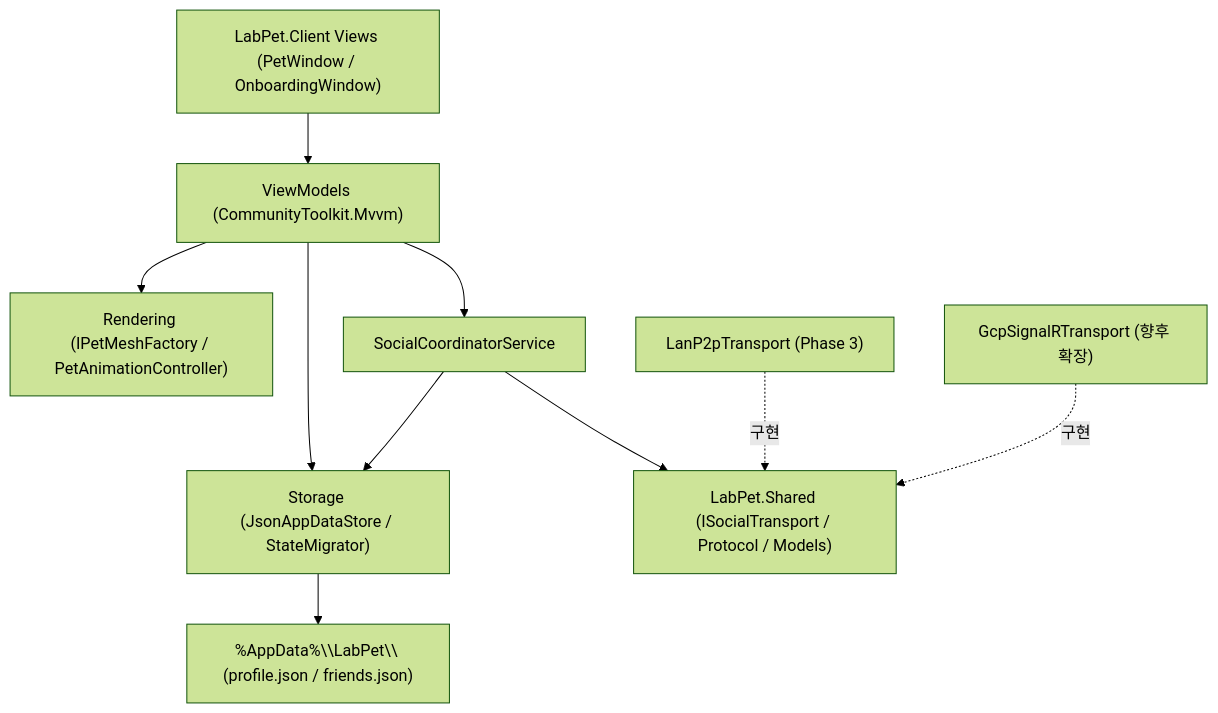
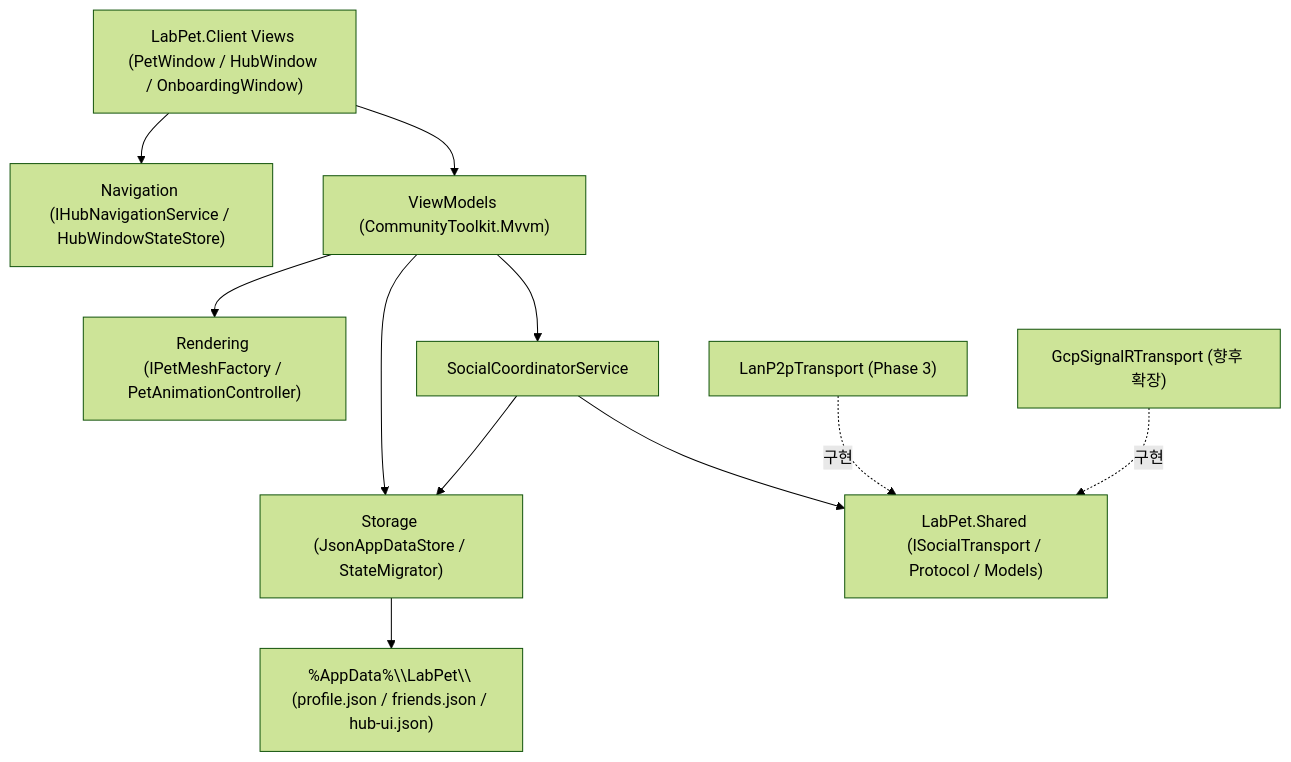
One commit to DJU-ADAS-LAB/LabPet changed the diagram in docs/02_아키텍처_설계서.md. Above: the diagram before and after it, drawn with Mermaid (forest theme). The commit also changed other lines of this file and 46 other files, not shown here.

````diff
--- a/docs/02_아키텍처_설계서.md
+++ b/docs/02_아키텍처_설계서.md
@@ -26,12 +26,13 @@
 ```mermaid
 flowchart TD
-    UI["LabPet.Client Views (PetWindow / OnboardingWindow)"] --> VM["ViewModels (CommunityToolkit.Mvvm)"]
+    UI["LabPet.Client Views (PetWindow / HubWindow / OnboardingWindow)"] --> Nav["Navigation (IHubNavigationService / HubWindowStateStore)"]
+    UI --> VM["ViewModels (CommunityToolkit.Mvvm)"]
     VM --> Render["Rendering (IPetMeshFactory / PetAnimationController)"]
     VM --> Storage["Storage (JsonAppDataStore / StateMigrator)"]
     VM --> Social["SocialCoordinatorService"]
     Social --> Storage
     Social --> TransportIface["LabPet.Shared (ISocialTransport / Protocol / Models)"]
-    Storage --> AppData["%AppData%\\LabPet\\ (profile.json / friends.json)"]
+    Storage --> AppData["%AppData%\\LabPet\\ (profile.json / friends.json / hub-ui.json)"]
     LanImpl["LanP2pTransport (Phase 3)"] -.구현.-> TransportIface
     GcpImpl["GcpSignalRTransport (향후 확장)"] -.구현.-> TransportIface
 ```
````
